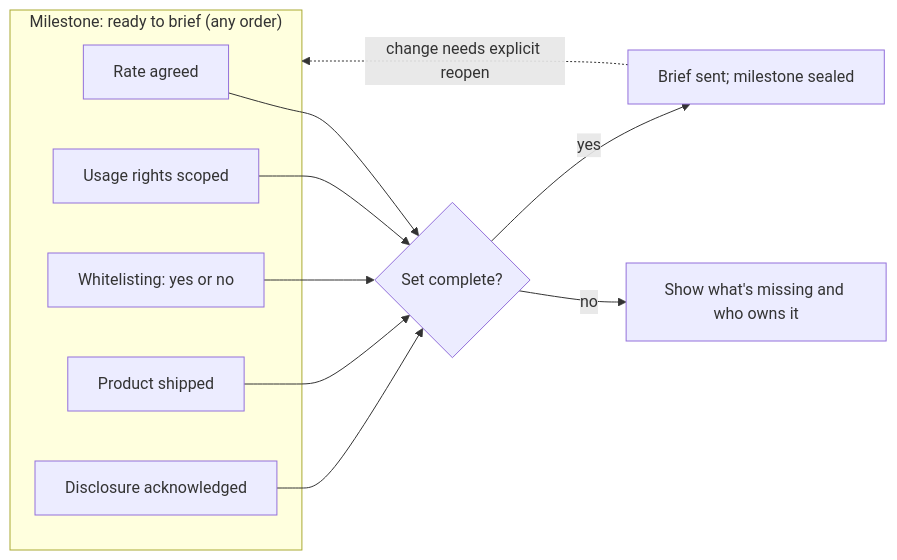
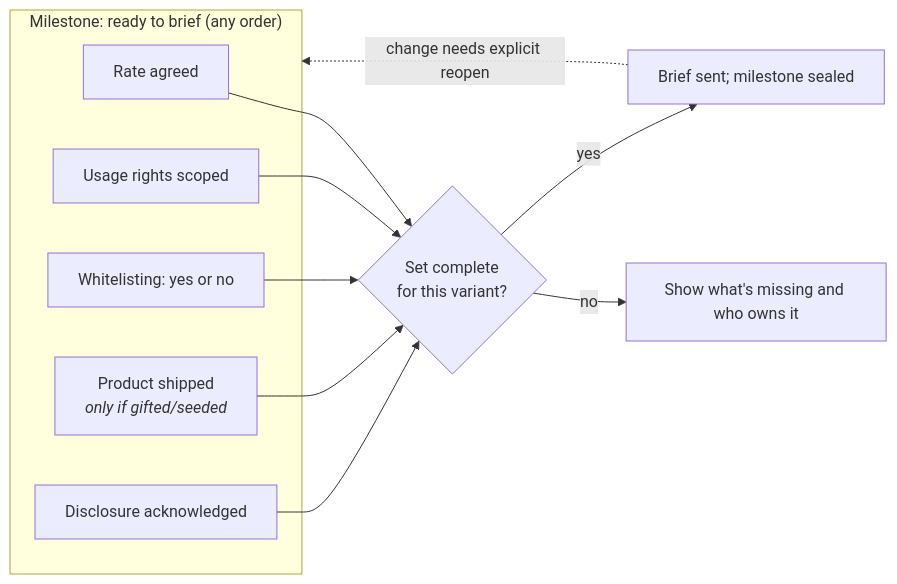
One commit to joshjhall/later-services-agent changed the ninth of 10 diagrams in docs/flows.md. Above: the diagram before and after it, drawn with Mermaid. The commit also changed other lines of this file and 6 other files, not shown here.

First line of the commit message:
docs: add product principles and information architecture

````diff
--- a/docs/flows.md
+++ b/docs/flows.md
@@ -215,14 +235,14 @@
 ```mermaid
 flowchart LR
   subgraph M1["Milestone: ready to brief (any order)"]
     f1[Rate agreed]
     f2[Usage rights scoped]
     f3[Whitelisting: yes or no]
-    f4[Product shipped]
+    f4[Product shipped<br/><i>only if gifted/seeded</i>]
     f5[Disclosure acknowledged]
   end
-  f1 & f2 & f3 & f4 & f5 --> G{Set complete?}
+  f1 & f2 & f3 & f4 & f5 --> G{Set complete<br/>for this variant?}
   G -->|no| W[Show what's missing and who owns it]
   G -->|yes| B[Brief sent; milestone sealed]
   B -.->|change needs explicit reopen| M1
 ```
````
